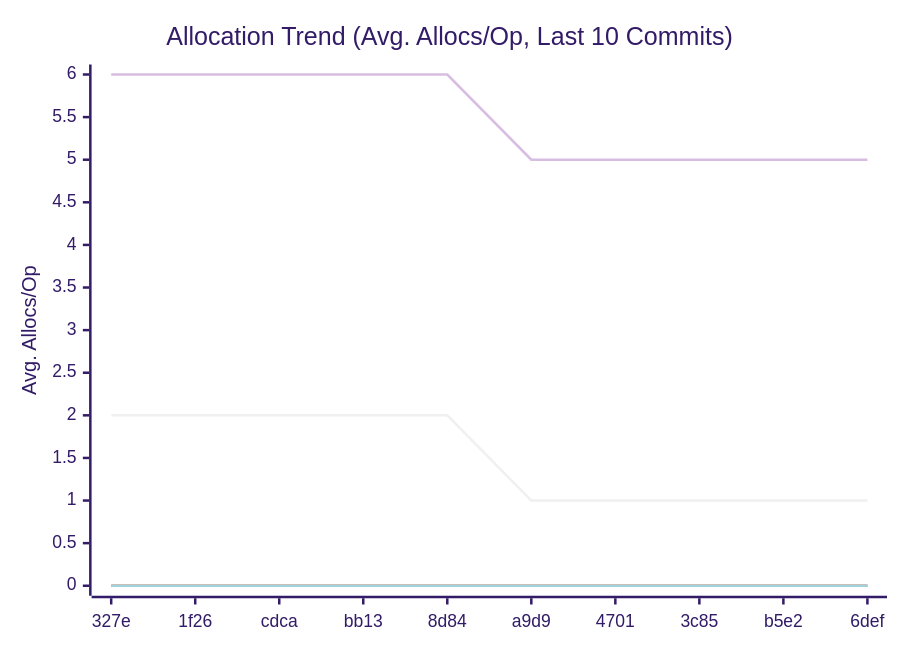
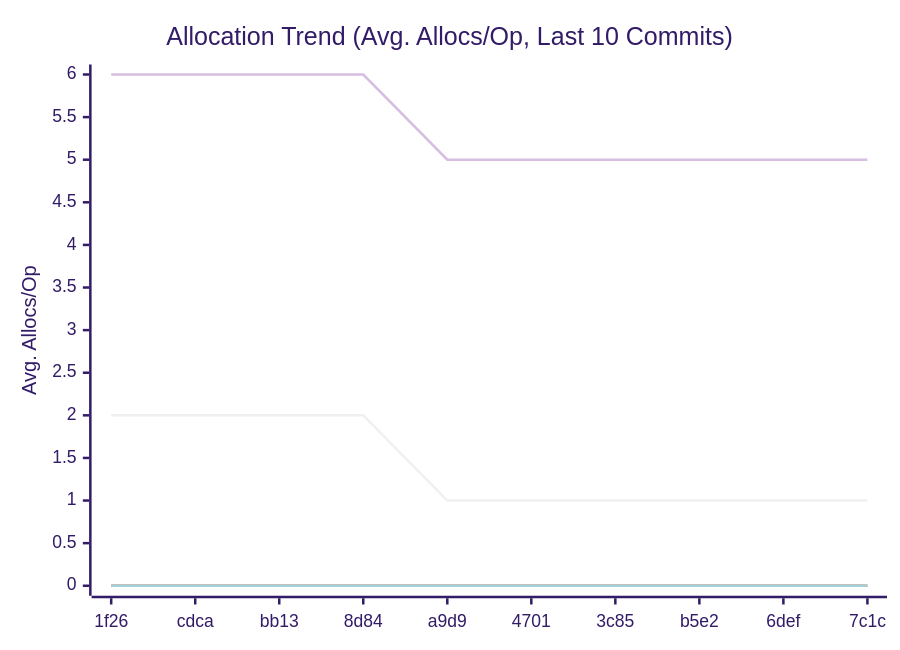
Before and after one commit to alsotoes/momo: the third of 3 diagrams in doc/README.md, drawn with Mermaid (forest theme). The commit also changed other lines of this file and 1 other file, not shown here.

````diff
--- a/doc/README.md
+++ b/doc/README.md
@@ -316,12 +316,12 @@
 ```mermaid
 xychart-beta
     title "Allocation Trend (Avg. Allocs/Op, Last 10 Commits)"
     x-axis "Commit"
     y-axis "Avg. Allocs/Op"
-    x-axis [327e,1f26,cdca,bb13,8d84,a9d9,4701,3c85,b5e2,6def]
+    x-axis [1f26,cdca,bb13,8d84,a9d9,4701,3c85,b5e2,6def,7c1c]
     line "CheckMetricsAndSwap" [0,0,0,0,0,0,0,0,0,0]
     line "IndexDirectTracking" [0,0,0,0,0,0,0,0,0,0]
     line "IndexSearch" [0,0,0,0,0,0,0,0,0,0]
-    line "ParseReplicationOrder_NoPrealloc" [6,6,6,6,6,5,5,5,5,5]
-    line "ParseReplicationOrder_Prealloc" [2,2,2,2,2,1,1,1,1,1]
+    line "ParseReplicationOrder_NoPrealloc" [6,6,6,6,5,5,5,5,5,5]
+    line "ParseReplicationOrder_Prealloc" [2,2,2,2,1,1,1,1,1,1]
 ```
````
